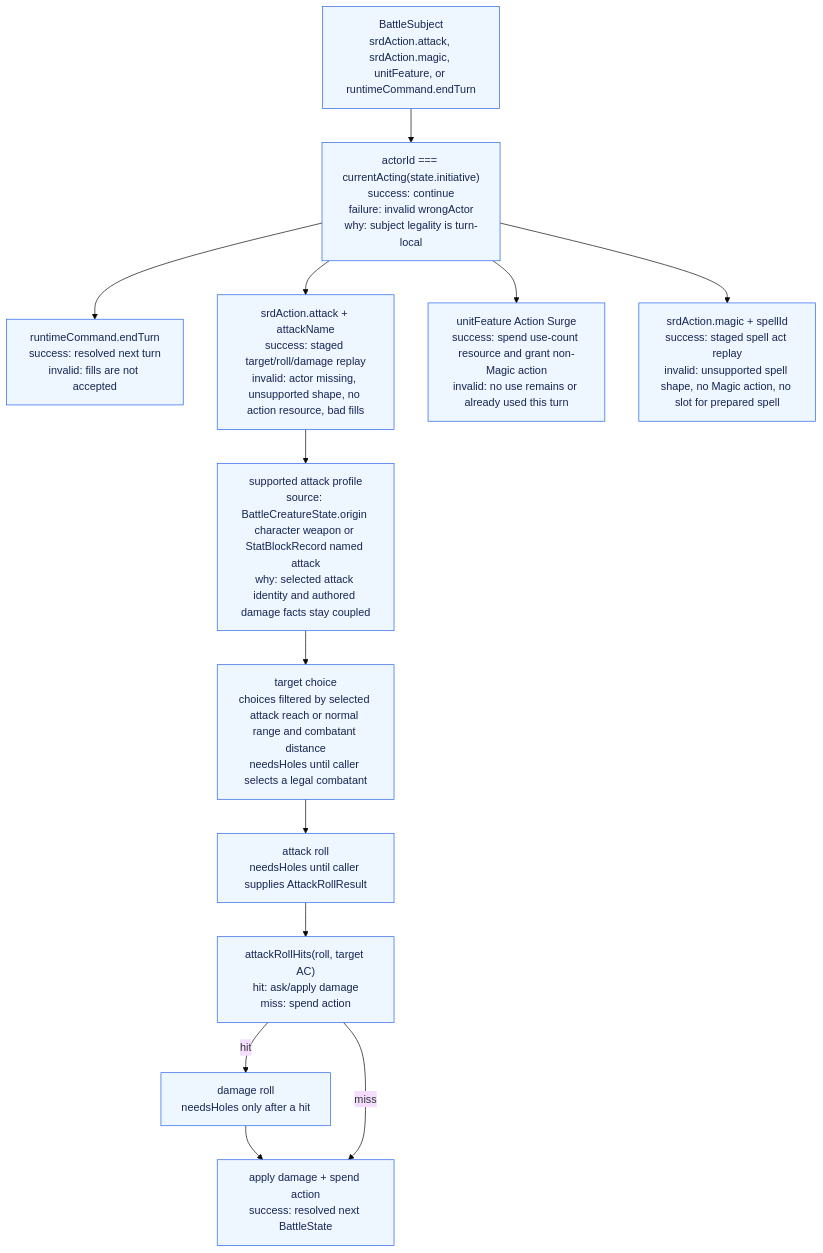
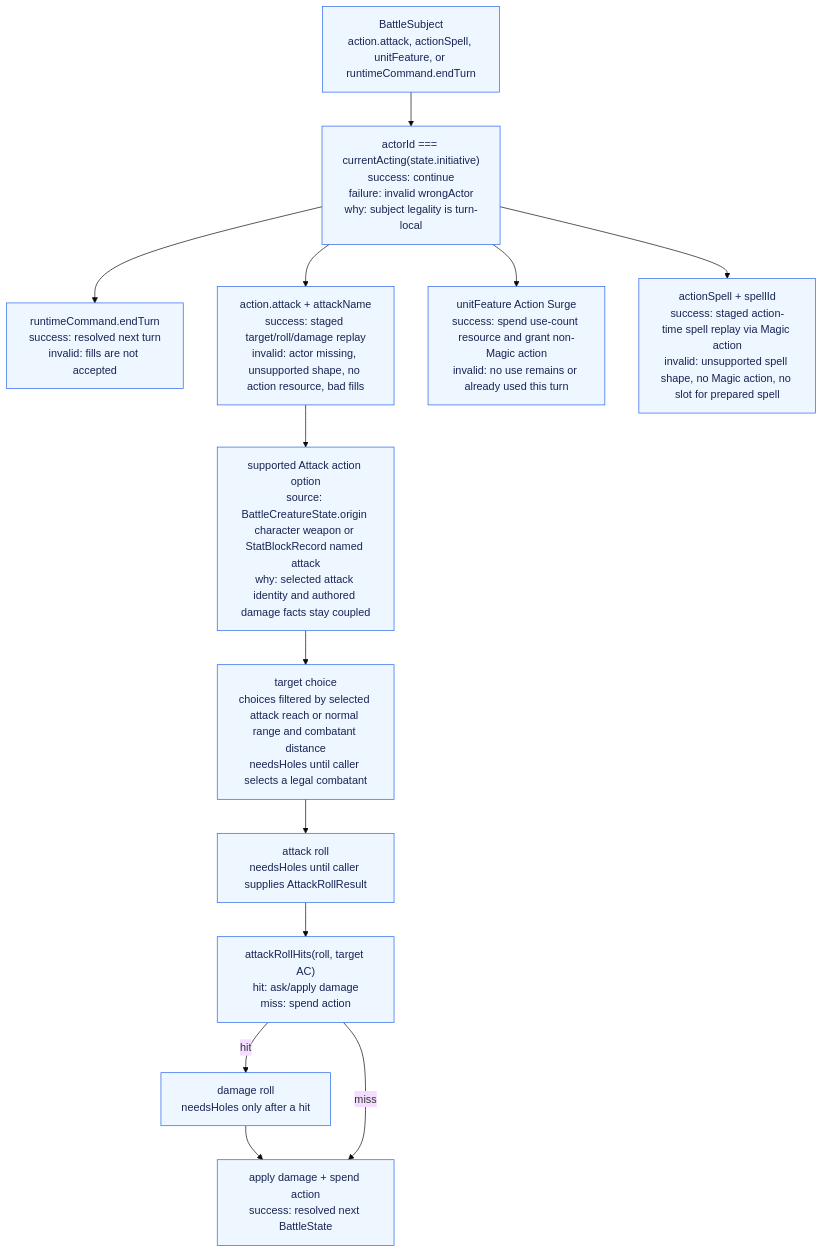
One commit to dearlordylord/5e-quint changed the second of 2 diagrams in packages/battle-runtime/ARCHITECTURE_GRAPH.md. Above: the diagram before and after it, drawn with Mermaid (base theme). The commit also changed other lines of this file and 13 other files, not shown here.

Commit message:
Clarify battle subject action taxonomy

````diff
--- a/packages/battle-runtime/ARCHITECTURE_GRAPH.md
+++ b/packages/battle-runtime/ARCHITECTURE_GRAPH.md
@@ -65,26 +65,26 @@
 ```mermaid
 flowchart TD
-  Subject["BattleSubject<br/>srdAction.attack, srdAction.magic, unitFeature, or runtimeCommand.endTurn"]
+  Subject["BattleSubject<br/>action.attack, actionSpell, unitFeature, or runtimeCommand.endTurn"]
   CurrentActor["actorId === currentActing(state.initiative)<br/>success: continue<br/>failure: invalid wrongActor<br/>why: subject legality is turn-local"]
   EndTurn["runtimeCommand.endTurn<br/>success: resolved next turn<br/>invalid: fills are not accepted"]
-  Attack["srdAction.attack + attackName<br/>success: staged target/roll/damage replay<br/>invalid: actor missing, unsupported shape, no action resource, bad fills"]
+  Attack["action.attack + attackName<br/>success: staged target/roll/damage replay<br/>invalid: actor missing, unsupported shape, no action resource, bad fills"]
   UnitFeature["unitFeature Action Surge<br/>success: spend use-count resource and grant non-Magic action<br/>invalid: no use remains or already used this turn"]
-  Magic["srdAction.magic + spellId<br/>success: staged spell act replay<br/>invalid: unsupported spell shape, no Magic action, no slot for prepared spell"]
-  AttackProfile["supported attack profile<br/>source: BattleCreatureState.origin character weapon or StatBlockRecord named attack<br/>why: selected attack identity and authored damage facts stay coupled"]
+  Magic["actionSpell + spellId<br/>success: staged action-time spell replay via Magic action<br/>invalid: unsupported spell shape, no Magic action, no slot for prepared spell"]
+  AttackOption["supported Attack action option<br/>source: BattleCreatureState.origin character weapon or StatBlockRecord named attack<br/>why: selected attack identity and authored damage facts stay coupled"]
   Target["target choice<br/>choices filtered by selected attack reach or normal range and combatant distance<br/>needsHoles until caller selects a legal combatant"]
   Roll["attack roll<br/>needsHoles until caller supplies AttackRollResult"]
   HitCheck["attackRollHits(roll, target AC)<br/>hit: ask/apply damage<br/>miss: spend action"]
   DamageHole["damage roll<br/>needsHoles only after a hit"]
   Apply["apply damage + spend action<br/>success: resolved next BattleState"]
 
   Subject --> CurrentActor
   CurrentActor --> EndTurn
-  CurrentActor --> Attack --> AttackProfile --> Target --> Roll --> HitCheck
+  CurrentActor --> Attack --> AttackOption --> Target --> Roll --> HitCheck
   CurrentActor --> UnitFeature
   CurrentActor --> Magic
   HitCheck -->|hit| DamageHole --> Apply
   HitCheck -->|miss| Apply
 
   classDef implemented fill:#eef6ff,stroke:#2563eb,color:#172554;
-  class Subject,CurrentActor,EndTurn,Attack,UnitFeature,Magic,AttackProfile,Target,Roll,HitCheck,DamageHole,Apply implemented;
+  class Subject,CurrentActor,EndTurn,Attack,UnitFeature,Magic,AttackOption,Target,Roll,HitCheck,DamageHole,Apply implemented;
 ```
````
